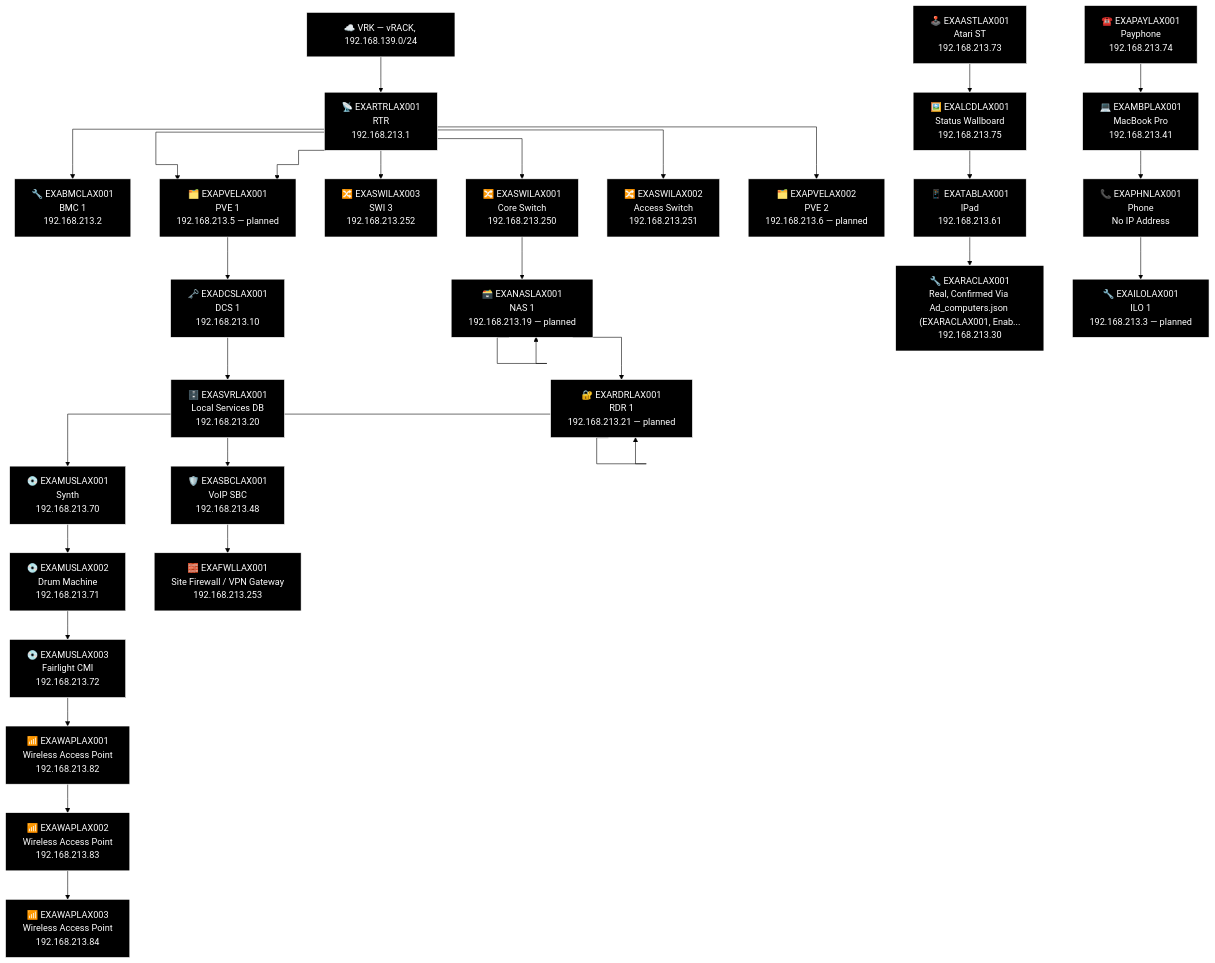
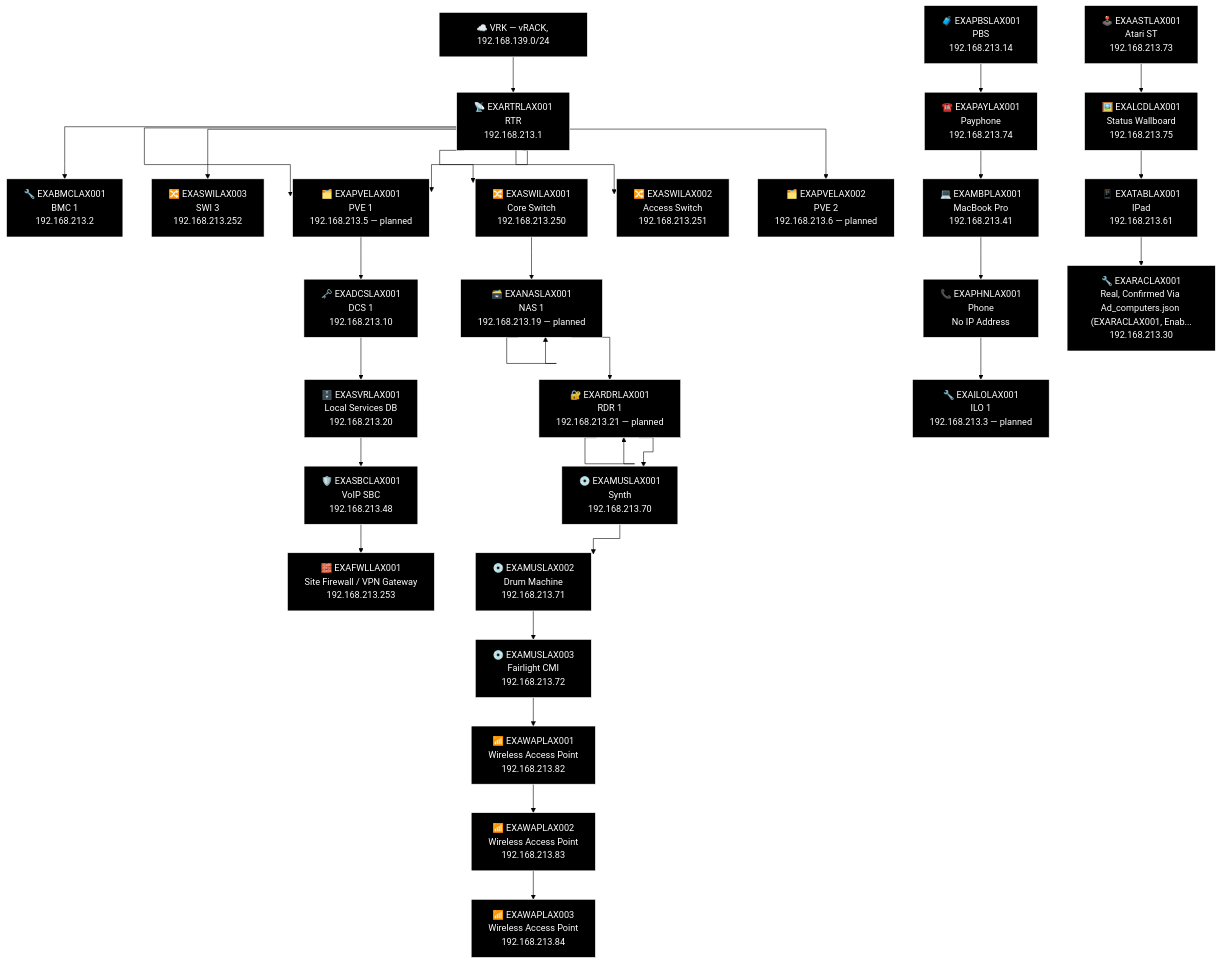
Before and after one commit to knightmare2600/example_music_infra: the third of 21 diagrams in docs/network-diagram/united-states.md, drawn with Mermaid (forest theme). The commit also changed other lines of this file and 14 other files, not shown here.

First line of the commit message:
docs/network-diagram: regenerate, every site was missing its PBS node

````diff
--- a/docs/network-diagram/united-states.md
+++ b/docs/network-diagram/united-states.md
@@ -128,80 +128,82 @@
 ```mermaid
 %% GENERATED:TOPOLOGY:LAX:START
 %%{init: {'flowchart': {'curve': 'stepAfter'}}}%%
 graph TD
     T_VRK["☁️ VRK — vRACK, 192.168.139.0/24"]
     T_RTR["📡 EXARTRLAX001<br/>RTR<br/>192.168.213.1"]
     T_VRK --> T_RTR
     T_BMC["🔧 EXABMCLAX001<br/>BMC 1<br/>192.168.213.2"]
     T_RTR --> T_BMC
     T_PVE["🗂️ EXAPVELAX001<br/>PVE 1<br/>192.168.213.5"]
     T_RTR --> T_PVE
     T_SWI["🔀 EXASWILAX003<br/>SWI 3<br/>192.168.213.252"]
     T_RTR --> T_SWI
     T_SWI2["🔀 EXASWILAX001<br/>Core Switch<br/>192.168.213.250"]
     T_RTR --> T_SWI2
     T_SWI3["🔀 EXASWILAX002<br/>Access Switch<br/>192.168.213.251"]
     T_RTR --> T_SWI3
     T_PVE["🗂️ EXAPVELAX001<br/>PVE 1<br/>192.168.213.5 — planned"]
     T_RTR --> T_PVE
     T_PVE2["🗂️ EXAPVELAX002<br/>PVE 2<br/>192.168.213.6 — planned"]
     T_RTR --> T_PVE2
     T_NAS["🗃️ EXANASLAX001<br/>NAS<br/>192.168.213.19"]
     T_NAS["🗃️ EXANASLAX001<br/>NAS 1<br/>192.168.213.19 — planned"]
     T_RDR["🔐 EXARDRLAX001<br/>RDR<br/>192.168.213.21"]
     T_RDR["🔐 EXARDRLAX001<br/>RDR 1<br/>192.168.213.21 — planned"]
     T_MUS["💿 EXAMUSLAX001<br/>Synth<br/>192.168.213.70"]
     T_MUS2["💿 EXAMUSLAX002<br/>Drum Machine<br/>192.168.213.71"]
     T_MUS3["💿 EXAMUSLAX003<br/>Fairlight CMI<br/>192.168.213.72"]
     T_WAP["📶 EXAWAPLAX001<br/>Wireless Access Point<br/>192.168.213.82"]
     T_WAP2["📶 EXAWAPLAX002<br/>Wireless Access Point<br/>192.168.213.83"]
     T_WAP3["📶 EXAWAPLAX003<br/>Wireless Access Point<br/>192.168.213.84"]
     T_SWI2 --> T_NAS --> T_NAS --> T_RDR --> T_RDR --> T_MUS --> T_MUS2 --> T_MUS3 --> T_WAP --> T_WAP2 --> T_WAP3
     T_DCS["🗝️ EXADCSLAX001<br/>DCS 1<br/>192.168.213.10"]
     T_SVR["🗄️ EXASVRLAX001<br/>Local Services DB<br/>192.168.213.20"]
     T_SBC["🛡️ EXASBCLAX001<br/>VoIP SBC<br/>192.168.213.48"]
     T_FWL["🧱 EXAFWLLAX001<br/>Site Firewall / VPN Gateway<br/>192.168.213.253"]
     T_PVE --> T_DCS --> T_SVR --> T_SBC --> T_FWL
+    T_PBS["🧳 EXAPBSLAX001<br/>PBS<br/>192.168.213.14"]
     T_AST["🕹️ EXAASTLAX001<br/>Atari ST<br/>192.168.213.73"]
     T_PAY["☎️ EXAPAYLAX001<br/>Payphone<br/>192.168.213.74"]
     T_LCD["🖼️ EXALCDLAX001<br/>Status Wallboard<br/>192.168.213.75"]
     T_MBP["💻 EXAMBPLAX001<br/>MacBook Pro<br/>192.168.213.41"]
     T_TAB["📱 EXATABLAX001<br/>IPad<br/>192.168.213.61"]
     T_PHN["📞 EXAPHNLAX001<br/>Phone<br/>No IP Address"]
     T_RAC["🔧 EXARACLAX001<br/>Real, Confirmed Via Ad_computers.json (EXARACLAX001, Enab...<br/>192.168.213.30"]
     T_ILO["🔧 EXAILOLAX001<br/>ILO 1<br/>192.168.213.3 — planned"]
+    T_PBS --> T_PAY --> T_MBP --> T_PHN --> T_ILO
     T_AST --> T_LCD --> T_TAB --> T_RAC
-    T_PAY --> T_MBP --> T_PHN --> T_ILO
     style T_VRK fill:#000000,stroke:#FFFFFF,color:#FFFFFF
     style T_RTR fill:#000000,stroke:#FFFFFF,color:#FFFFFF
     style T_BMC fill:#000000,stroke:#FFFFFF,color:#FFFFFF
     style T_PVE fill:#000000,stroke:#FFFFFF,color:#FFFFFF
     style T_SWI fill:#000000,stroke:#FFFFFF,color:#FFFFFF
     style T_SWI2 fill:#000000,stroke:#FFFFFF,color:#FFFFFF
     style T_SWI3 fill:#000000,stroke:#FFFFFF,color:#FFFFFF
     style T_PVE fill:#000000,stroke:#FFFFFF,color:#FFFFFF
     style T_PVE2 fill:#000000,stroke:#FFFFFF,color:#FFFFFF
     style T_NAS fill:#000000,stroke:#FFFFFF,color:#FFFFFF
     style T_NAS fill:#000000,stroke:#FFFFFF,color:#FFFFFF
     style T_RDR fill:#000000,stroke:#FFFFFF,color:#FFFFFF
     style T_RDR fill:#000000,stroke:#FFFFFF,color:#FFFFFF
     style T_MUS fill:#000000,stroke:#FFFFFF,color:#FFFFFF
     style T_MUS2 fill:#000000,stroke:#FFFFFF,color:#FFFFFF
     style T_MUS3 fill:#000000,stroke:#FFFFFF,color:#FFFFFF
     style T_WAP fill:#000000,stroke:#FFFFFF,color:#FFFFFF
     style T_WAP2 fill:#000000,stroke:#FFFFFF,color:#FFFFFF
     style T_WAP3 fill:#000000,stroke:#FFFFFF,color:#FFFFFF
     style T_DCS fill:#000000,stroke:#FFFFFF,color:#FFFFFF
     style T_SVR fill:#000000,stroke:#FFFFFF,color:#FFFFFF
     style T_SBC fill:#000000,stroke:#FFFFFF,color:#FFFFFF
     style T_FWL fill:#000000,stroke:#FFFFFF,color:#FFFFFF
+    style T_PBS fill:#000000,stroke:#FFFFFF,color:#FFFFFF
     style T_AST fill:#000000,stroke:#FFFFFF,color:#FFFFFF
     style T_PAY fill:#000000,stroke:#FFFFFF,color:#FFFFFF
     style T_LCD fill:#000000,stroke:#FFFFFF,color:#FFFFFF
     style T_MBP fill:#000000,stroke:#FFFFFF,color:#FFFFFF
     style T_TAB fill:#000000,stroke:#FFFFFF,color:#FFFFFF
     style T_PHN fill:#000000,stroke:#FFFFFF,color:#FFFFFF
     style T_RAC fill:#000000,stroke:#FFFFFF,color:#FFFFFF
     style T_ILO fill:#000000,stroke:#FFFFFF,color:#FFFFFF
 %% GENERATED:TOPOLOGY:LAX:END
 ```
````
